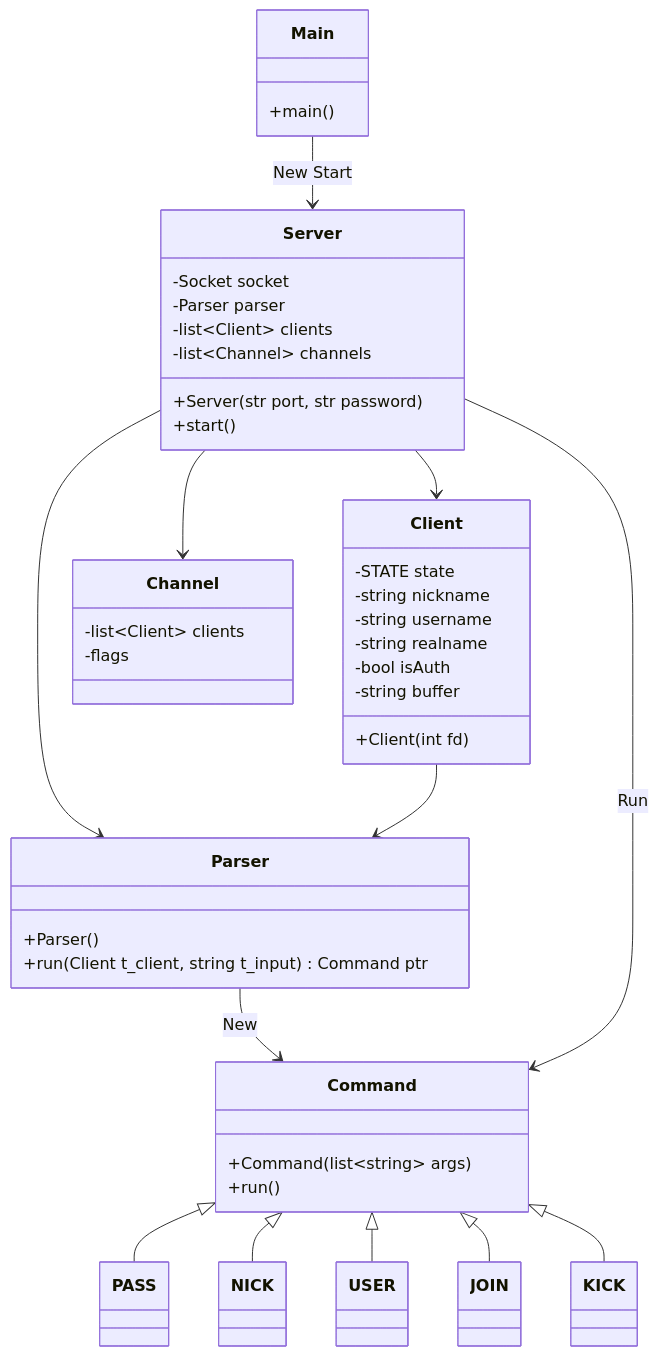
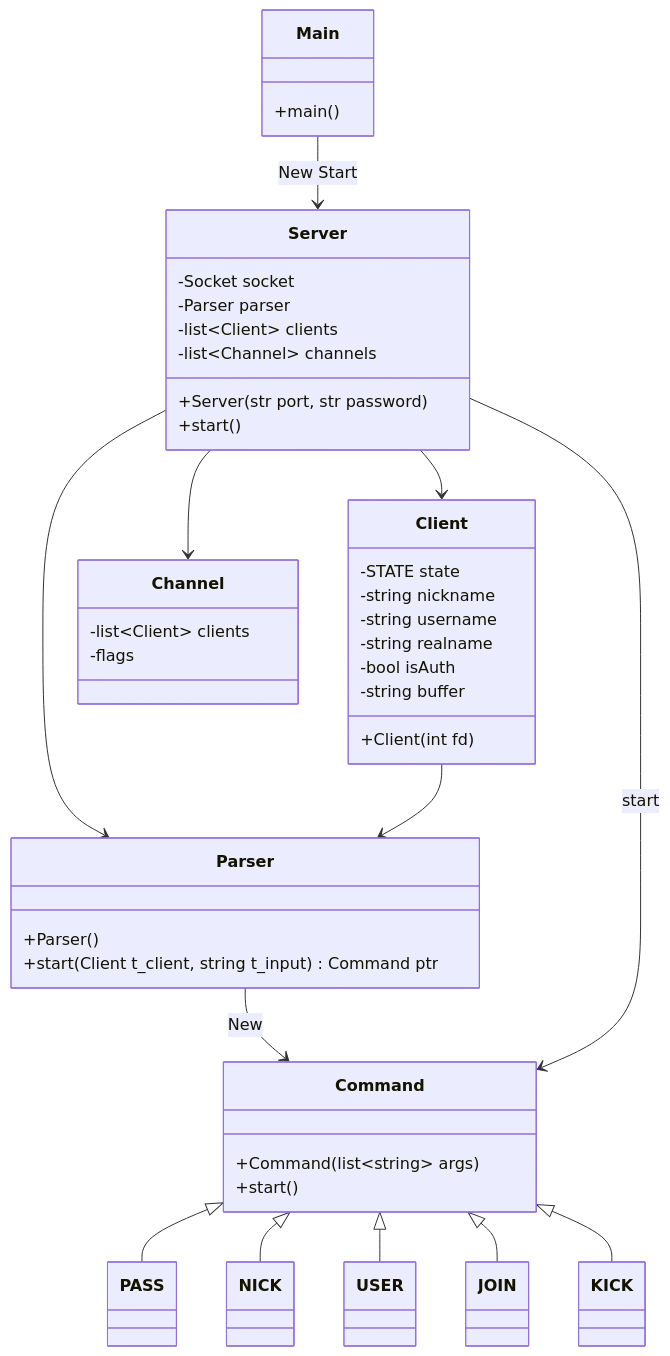
One commit to QWERTOP18/IRC changed the second of 2 diagrams in DOCS/ClassDiagram.md. Above: the diagram before and after it, drawn with Mermaid. The commit also changed 41 other files, not shown here.

First line of the commit message:
Refactor command handling: Rename run() to start() and implement parse() method

````diff
--- a/DOCS/ClassDiagram.md
+++ b/DOCS/ClassDiagram.md
@@ -11,61 +11,61 @@
 ```mermaid
 classDiagram
 
 class Main {
     +main()
 }
 
 class Server {
     -Socket socket
     -Parser parser
     -list~Client~ clients
     -list~Channel~ channels
     +Server(str port, str password)
     +start()
 }
 
 class Client {
     -STATE state
     -string nickname
     -string username
     -string realname
     -bool isAuth
     -string buffer
     +Client(int fd)
 }
 
 class Parser {
     <!-- -config -->
     +Parser()
-    +run(Client t_client, string t_input) Command ptr
+    +start(Client t_client, string t_input) Command ptr
 }
 
 class Channel {
     -list~Client~ clients
     -flags
 }
 
 class Command {
     +Command(list~string~ args)
-    +run()
+    +start()
 }
 
 class PASS
 class NICK
 class USER
 class JOIN
 class KICK
 
 Main --> Server: New Start
 Server --> Client
 Server --> Channel
 Server --> Parser
 Parser --> Command: New
 Client --> Parser
-Server --> Command: Run
+Server --> Command: start
 Command <|-- PASS
 Command <|-- NICK
 Command <|-- USER
 Command <|-- JOIN
 Command <|-- KICK
 ```
````
